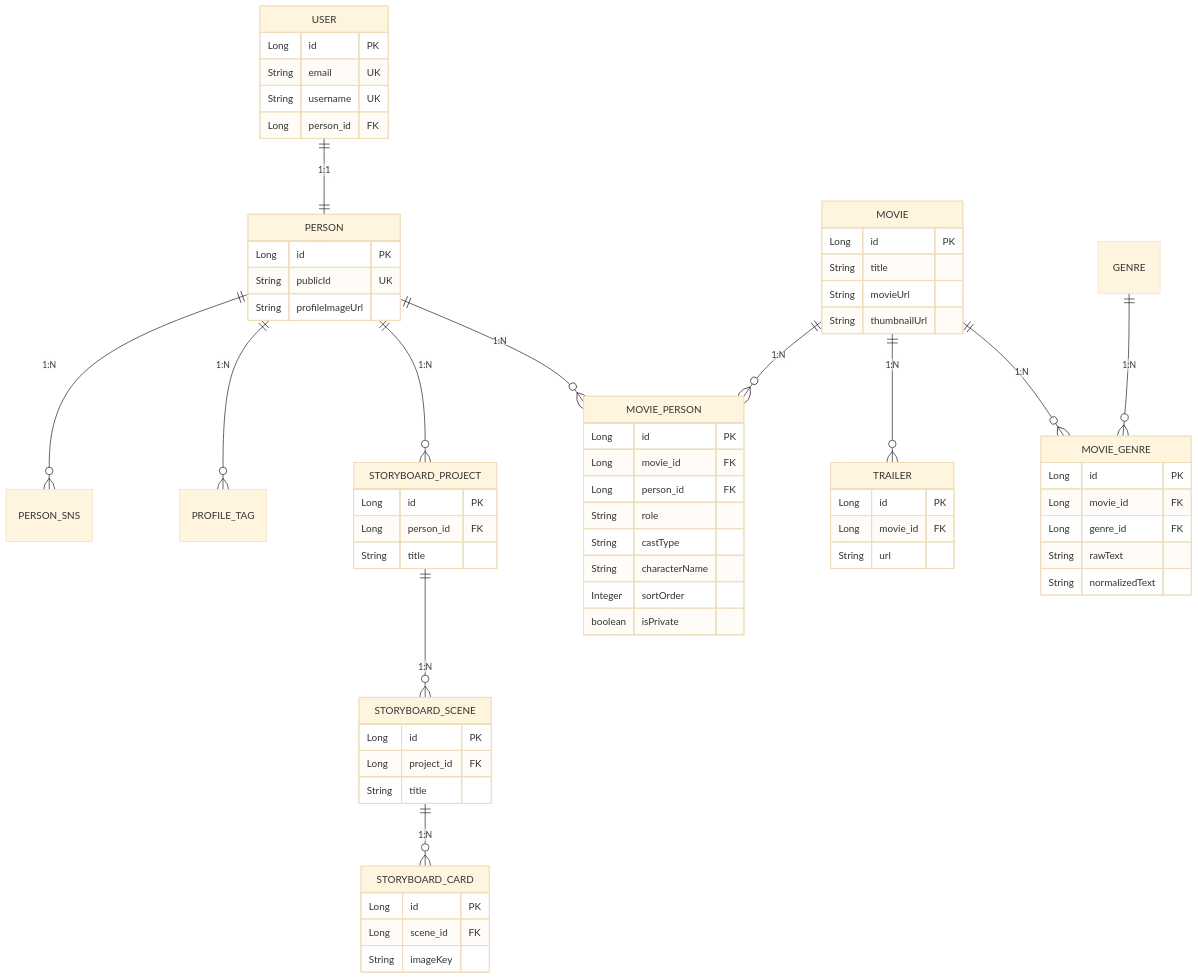
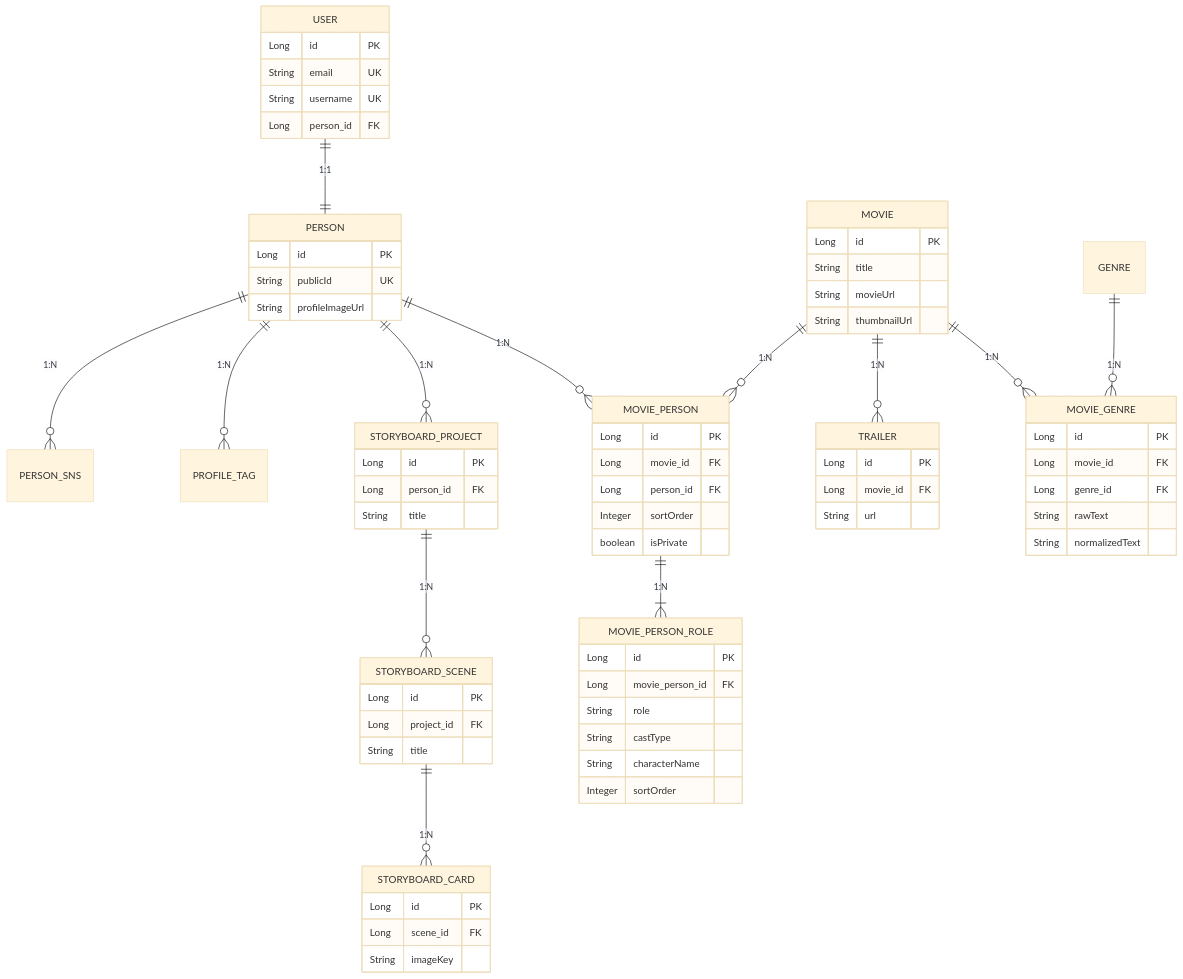
Before and after one commit to wonhoeh/onfilm: the diagram in docs/interview/entity-relationship-guide.md, drawn with Mermaid (base theme). The commit also changed other lines of this file and 31 other files, not shown here.

Commit message:
refactor: MoviePerson 책임 분리  - 작품 참여와 역할 엔티티 분리  - MoviePersonRole을 도입해 한 작품의 복수 역할 지원  - 필모그래피 API와 화면을 roles 배열 기반으로 전환  - 참여·역할 무결성 테스트와 모델링 정책 문서 보강

```diff
--- a/docs/interview/entity-relationship-guide.md
+++ b/docs/interview/entity-relationship-guide.md
@@ -19,6 +19,7 @@
 
     PERSON ||--o{ MOVIE_PERSON : "1:N"
     MOVIE ||--o{ MOVIE_PERSON : "1:N"
+    MOVIE_PERSON ||--|{ MOVIE_PERSON_ROLE : "1:N"
     MOVIE ||--o{ TRAILER : "1:N"
     MOVIE ||--o{ MOVIE_GENRE : "1:N"
     GENRE ||--o{ MOVIE_GENRE : "1:N"
@@ -47,11 +48,17 @@
       Long id PK
       Long movie_id FK
       Long person_id FK
+      Integer sortOrder
+      boolean isPrivate
+    }
+
+    MOVIE_PERSON_ROLE {
+      Long id PK
+      Long movie_person_id FK
       String role
       String castType
       String characterName
       Integer sortOrder
-      boolean isPrivate
     }
 
     TRAILER {
```
